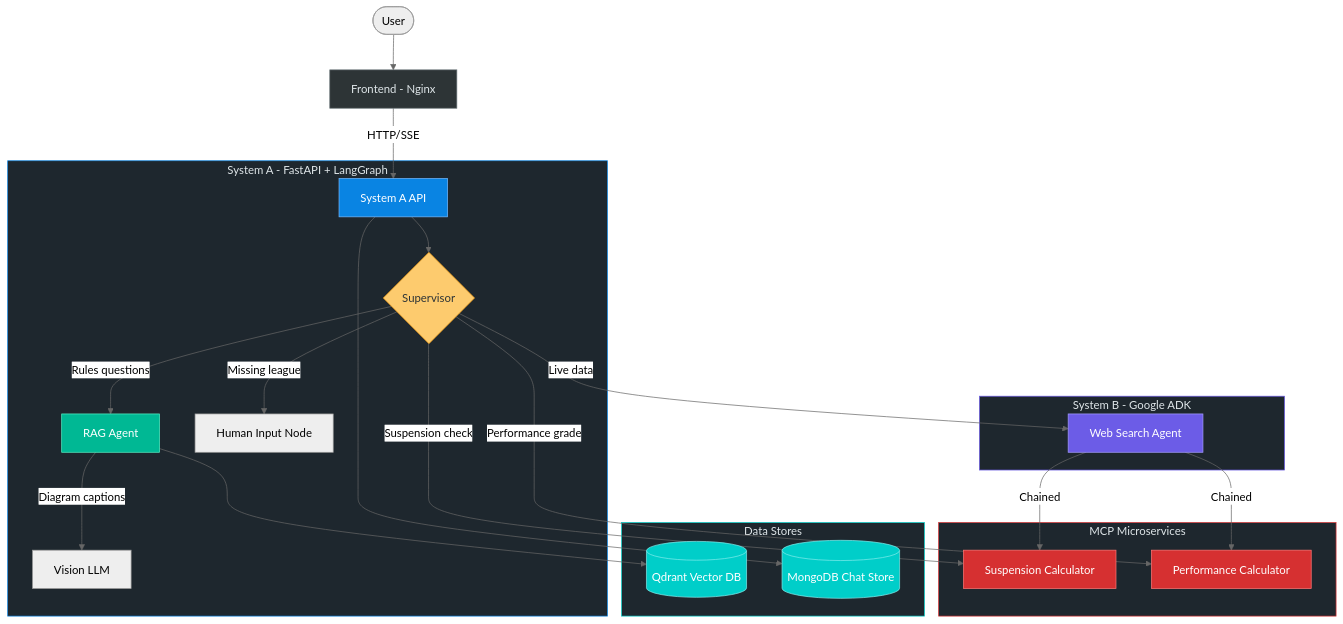
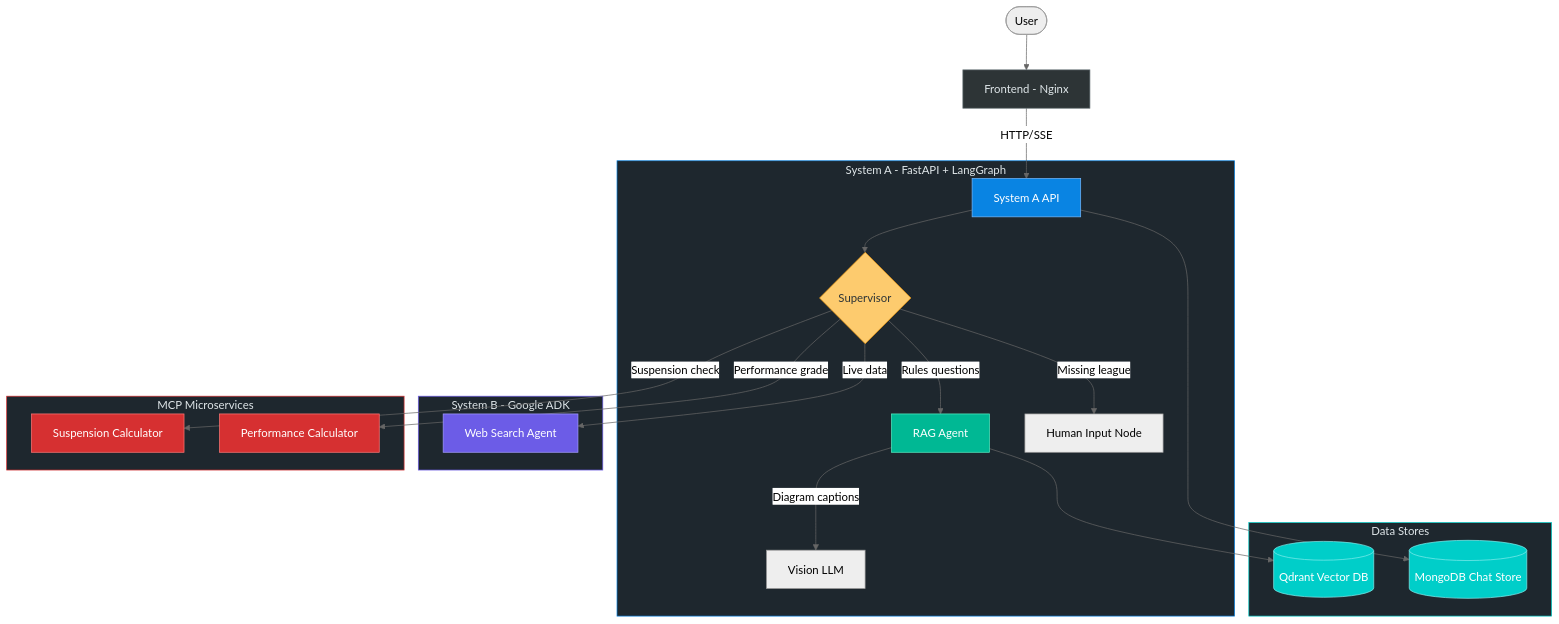
One commit to AndreELCHAM/basketball-multiagent-assistant changed the diagram in README.md. Above: the diagram before and after it, drawn with Mermaid (neutral theme).

Commit message:
readme again

````diff
--- a/README.md
+++ b/README.md
@@ -11,48 +11,46 @@
 ```mermaid
 graph TB
     User([User]) --> Frontend[Frontend - Nginx]
     Frontend --> |HTTP/SSE| SystemA
 
     subgraph SystemA_Group["System A - FastAPI + LangGraph"]
         SystemA[System A API] --> Supervisor{Supervisor}
         Supervisor --> |Rules questions| RAG[RAG Agent]
         Supervisor --> |Missing league| HumanInput[Human Input Node]
         RAG --> |Diagram captions| VLM[Vision LLM]
     end
 
     subgraph SystemB_Group["System B - Google ADK"]
         SystemB[Web Search Agent]
     end
 
     subgraph MCP_Group["MCP Microservices"]
         MCP_S[Suspension Calculator]
         MCP_P[Performance Calculator]
     end
 
     subgraph Data_Group["Data Stores"]
         Qdrant[(Qdrant Vector DB)]
         MongoDB[(MongoDB Chat Store)]
     end
 
     Supervisor --> |Live data| SystemB
     Supervisor --> |Suspension check| MCP_S
     Supervisor --> |Performance grade| MCP_P
-    SystemB --> |Chained| MCP_S
-    SystemB --> |Chained| MCP_P
     RAG --> Qdrant
     SystemA --> MongoDB
 
     style Frontend fill:#2d3436,stroke:#636e72,color:#dfe6e9
     style SystemA fill:#0984e3,stroke:#74b9ff,color:#fff
     style SystemB fill:#6c5ce7,stroke:#a29bfe,color:#fff
     style Supervisor fill:#fdcb6e,stroke:#f39c12,color:#2d3436
     style RAG fill:#00b894,stroke:#55efc4,color:#fff
     style MCP_S fill:#d63031,stroke:#ff7675,color:#fff
     style MCP_P fill:#d63031,stroke:#ff7675,color:#fff
     style Qdrant fill:#00cec9,stroke:#81ecec,color:#fff
     style MongoDB fill:#00cec9,stroke:#81ecec,color:#fff
     style SystemA_Group fill:#1e272e,stroke:#0984e3,color:#dfe6e9
     style SystemB_Group fill:#1e272e,stroke:#6c5ce7,color:#dfe6e9
     style MCP_Group fill:#1e272e,stroke:#d63031,color:#dfe6e9
     style Data_Group fill:#1e272e,stroke:#00cec9,color:#dfe6e9
 ```
````
